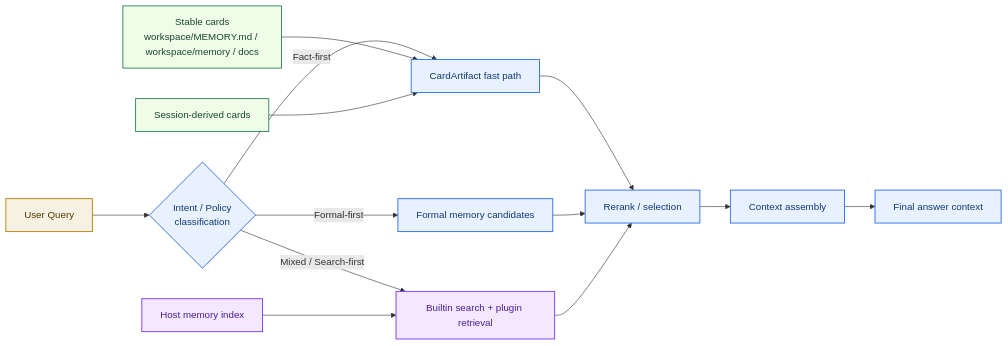
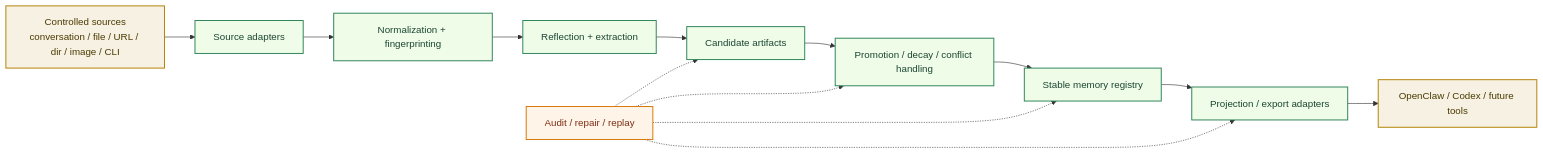
Before and after one commit to redcreen/memory-context-claw: the second of 12 diagrams in system-architecture.md, drawn with Mermaid. The commit also changed other lines of this file and 5 other files, not shown here.

Commit message:
Refresh top-level architecture docs

````diff
--- a/system-architecture.md
+++ b/system-architecture.md
@@ -67,27 +95,23 @@
 ```mermaid
 flowchart LR
-    U["User Query"] --> I{"Intent / Policy\nclassification"}
-    I -->|Fact-first| F["CardArtifact fast path"]
-    I -->|Formal-first| M["Formal memory candidates"]
-    I -->|Mixed / Search-first| S["Builtin search + plugin retrieval"]
+    A["Controlled sources\nconversation / file / URL / dir / image / CLI"] --> B["Source adapters"]
+    B --> C["Normalization + fingerprinting"]
+    C --> D["Reflection + extraction"]
+    D --> E["Candidate artifacts"]
+    E --> F["Promotion / decay / conflict handling"]
+    F --> G["Stable memory registry"]
+    G --> H["Projection / export adapters"]
+    H --> I["OpenClaw / Codex / future tools"]
 
-    F --> R["Rerank / selection"]
-    M --> R
-    S --> R
+    J["Audit / repair / replay"] -.-> E
+    J -.-> F
+    J -.-> G
+    J -.-> H
 
-    R --> A["Context assembly"]
-    A --> O["Final answer context"]
-
-    C1["Stable cards\nworkspace/MEMORY.md / workspace/memory / docs"] --> F
-    C2["Session-derived cards"] --> F
-    H1["Host memory index"] --> S
-
-    classDef user fill:#f7f1e3,stroke:#b58105,color:#4a3a00,stroke-width:1.5px;
-    classDef plugin fill:#e8f1ff,stroke:#2f6feb,color:#123a73,stroke-width:1.5px;
-    classDef card fill:#eefce8,stroke:#2f855a,color:#1c4532,stroke-width:1.5px;
-    classDef host fill:#f3e8ff,stroke:#7c3aed,color:#4c1d95,stroke-width:1.5px;
-    class U user;
-    class I,F,M,R,A,O plugin;
-    class C1,C2 card;
-    class S,H1 host;
+    classDef input fill:#f7f1e3,stroke:#b58105,color:#4a3a00,stroke-width:1.6px;
+    classDef core fill:#eefce8,stroke:#2f855a,color:#1c4532,stroke-width:1.6px;
+    classDef ops fill:#fff4e8,stroke:#d97706,color:#7c2d12,stroke-width:1.6px;
+    class A,I input;
+    class B,C,D,E,F,G,H core;
+    class J ops;
 ```
````
